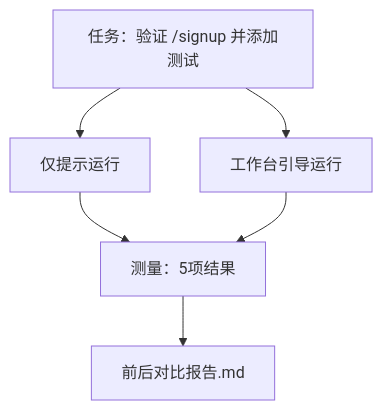
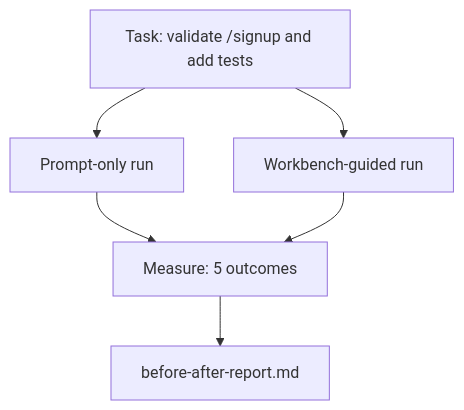
The diagram in i18n/zh/phases/14-agent-engineering/41-workbench-for-real-repos/docs/zh.md (xiaojiaenen/ai-engineering-from-scratch-zh), drawn with Mermaid before and after one commit. The commit also changed other lines of this file and 54 other files, not shown here.

````diff
--- a/i18n/zh/phases/14-agent-engineering/41-workbench-for-real-repos/docs/zh.md
+++ b/i18n/zh/phases/14-agent-engineering/41-workbench-for-real-repos/docs/zh.md
@@ -25,8 +25,8 @@
 ```mermaid
 flowchart TD
-  Task[任务：验证 /signup 并添加测试] --> A[仅提示运行]
-  Task --> B[工作台引导运行]
-  A --> M[测量：5项结果]
+  Task[Task: validate /signup and add tests] --> A[Prompt-only run]
+  Task --> B[Workbench-guided run]
+  A --> M[Measure: 5 outcomes]
   B --> M
-  M --> Report[前后对比报告.md]
+  M --> Report[before-after-report.md]
 ```
````
